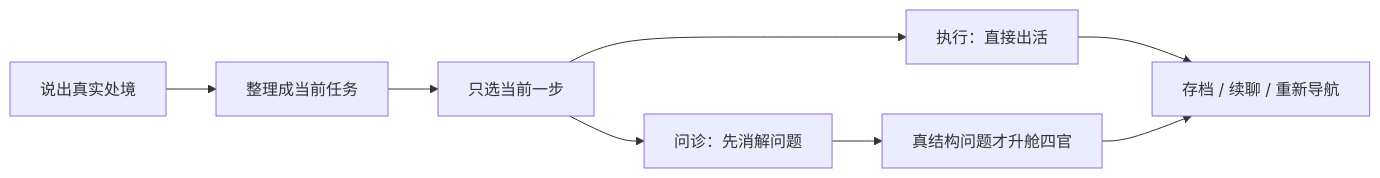
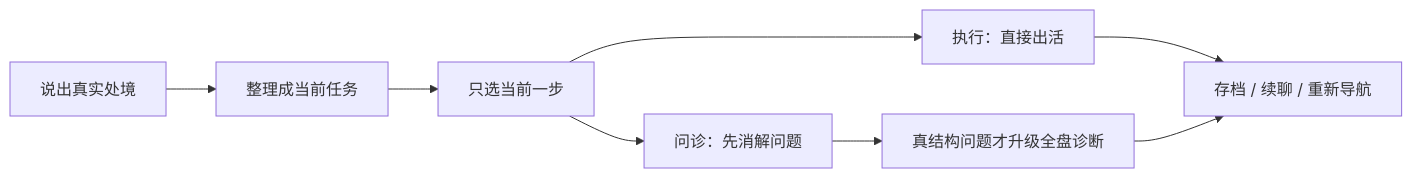
The diagram in README.md (maojiebc/majia-siyu-team), drawn with Mermaid before and after one commit. The commit also changed other lines of this file and 16 other files, not shown here.

````diff
--- a/README.md
+++ b/README.md
@@ -181,10 +181,10 @@
 ```mermaid
 flowchart LR
     A["说出真实处境"] --> B["整理成当前任务"]
     B --> C["只选当前一步"]
     C --> D["执行：直接出活"]
     C --> E["问诊：先消解问题"]
-    E --> F["真结构问题才升舱四官"]
+    E --> F["真结构问题才升级全盘诊断"]
     D --> G["存档 / 续聊 / 重新导航"]
     F --> G
 ```
````
